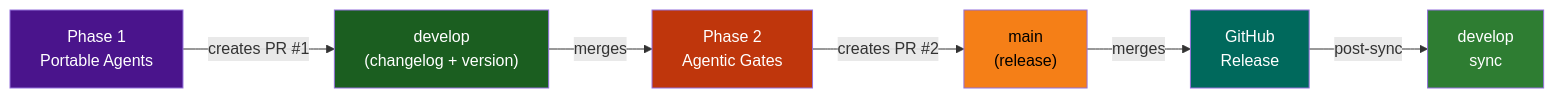
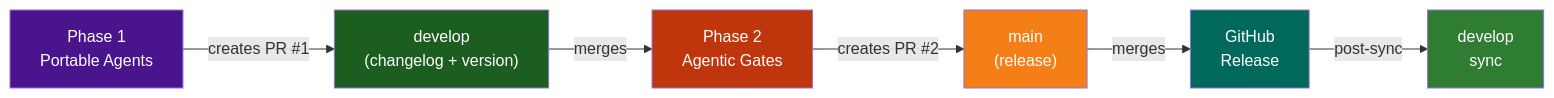
One commit to lightspeedwp/.github changed the first of 3 diagrams in docs/RELEASE_PROCESS.md. Above: the diagram before and after it, drawn with Mermaid. The commit also changed 116 other files, not shown here.

````diff
--- a/docs/RELEASE_PROCESS.md
+++ b/docs/RELEASE_PROCESS.md
@@ -42,15 +42,15 @@
 ```mermaid
 graph LR
     A["Phase 1<br/>Portable Agents"] -->|creates PR #1| B["develop<br/>(changelog + version)"]
     B -->|merges| C["Phase 2<br/>Agentic Gates"]
     C -->|creates PR #2| D["main<br/>(release)"]
     D -->|merges| E["GitHub<br/>Release"]
     E -->|post-sync| F["develop<br/>sync"]
     
     style A fill:#4a148c,color:#fff
     style B fill:#1b5e20,color:#fff
     style C fill:#bf360c,color:#fff
-    style D fill:#f57f17,color:#000
+    style D fill:#f57f17,color:#fff
     style E fill:#00695c,color:#fff
     style F fill:#2e7d32,color:#fff
 ```
````
